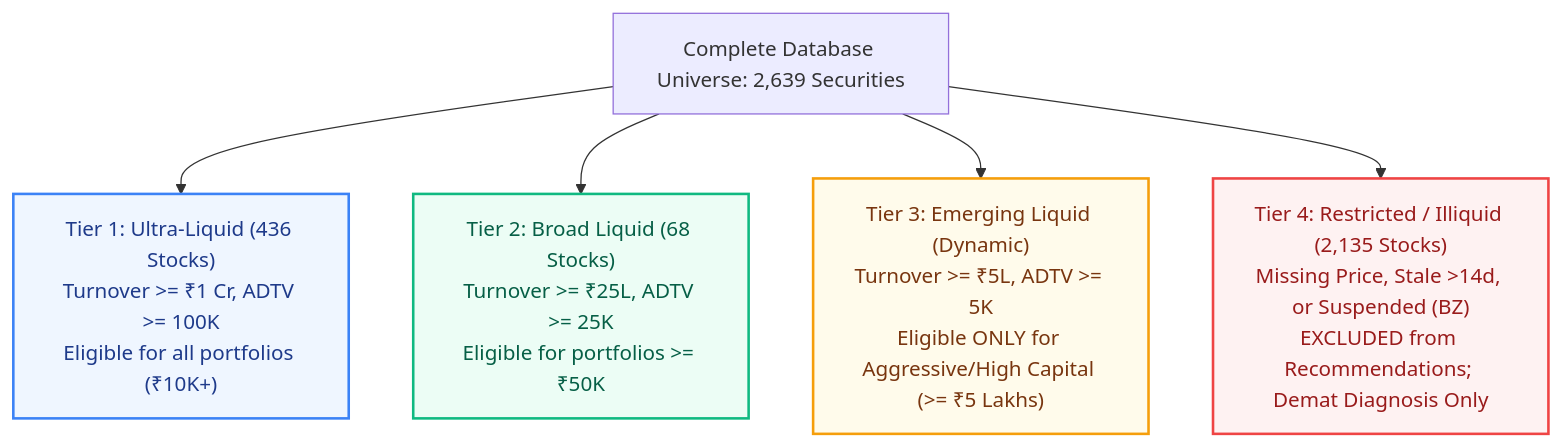
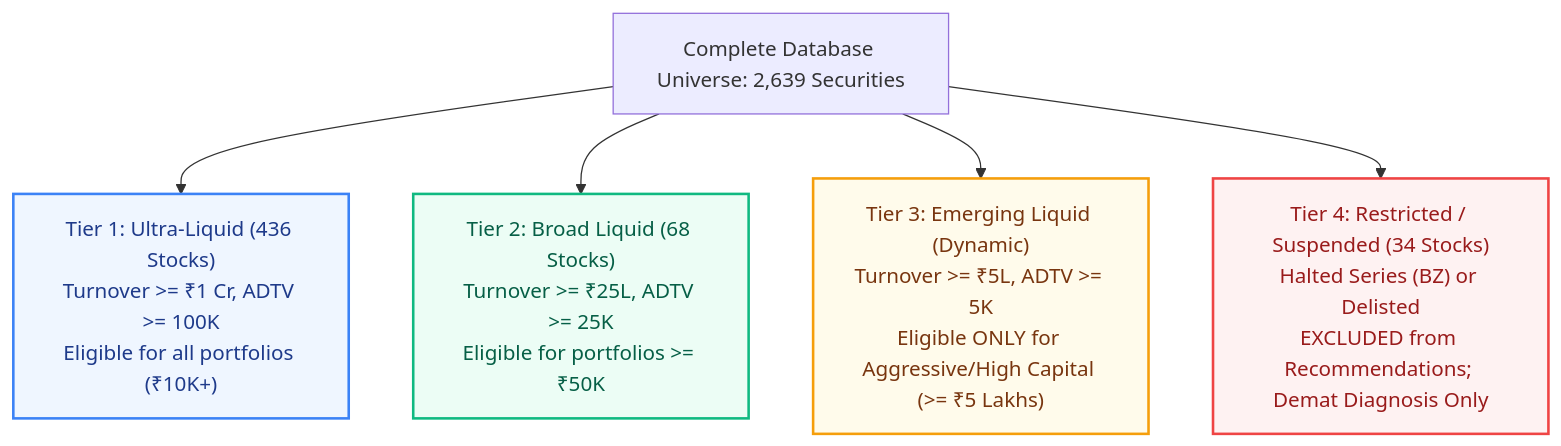
The diagram in RECOMMENDATION_UNIVERSE_ANALYSIS.md (imankur0011/Lucid), drawn with Mermaid before and after one commit. The commit also changed other lines of this file and 32 other files, not shown here.

````diff
--- a/RECOMMENDATION_UNIVERSE_ANALYSIS.md
+++ b/RECOMMENDATION_UNIVERSE_ANALYSIS.md
@@ -101,12 +101,12 @@
 ```mermaid
 graph TD
     classDef t1 fill:#EFF6FF,stroke:#3B82F6,stroke-width:2px,color:#1E3A8A;
     classDef t2 fill:#ECFDF5,stroke:#10B981,stroke-width:2px,color:#065F46;
     classDef t3 fill:#FFFBEB,stroke:#F59E0B,stroke-width:2px,color:#78350F;
     classDef t4 fill:#FEF2F2,stroke:#EF4444,stroke-width:2px,color:#991B1B;
 
     U[Complete Database Universe: 2,639 Securities] --> T1["Tier 1: Ultra-Liquid (436 Stocks)<br/>Turnover >= ₹1 Cr, ADTV >= 100K<br/>Eligible for all portfolios (₹10K+)"]:::t1
     U --> T2["Tier 2: Broad Liquid (68 Stocks)<br/>Turnover >= ₹25L, ADTV >= 25K<br/>Eligible for portfolios >= ₹50K"]:::t2
     U --> T3["Tier 3: Emerging Liquid (Dynamic)<br/>Turnover >= ₹5L, ADTV >= 5K<br/>Eligible ONLY for Aggressive/High Capital (>= ₹5 Lakhs)"]:::t3
-    U --> T4["Tier 4: Restricted / Illiquid (2,135 Stocks)<br/>Missing Price, Stale >14d, or Suspended (BZ)<br/>EXCLUDED from Recommendations; Demat Diagnosis Only"]:::t4
+    U --> T4["Tier 4: Restricted / Suspended (34 Stocks)<br/>Halted Series (BZ) or Delisted<br/>EXCLUDED from Recommendations; Demat Diagnosis Only"]:::t4
 ```
````
